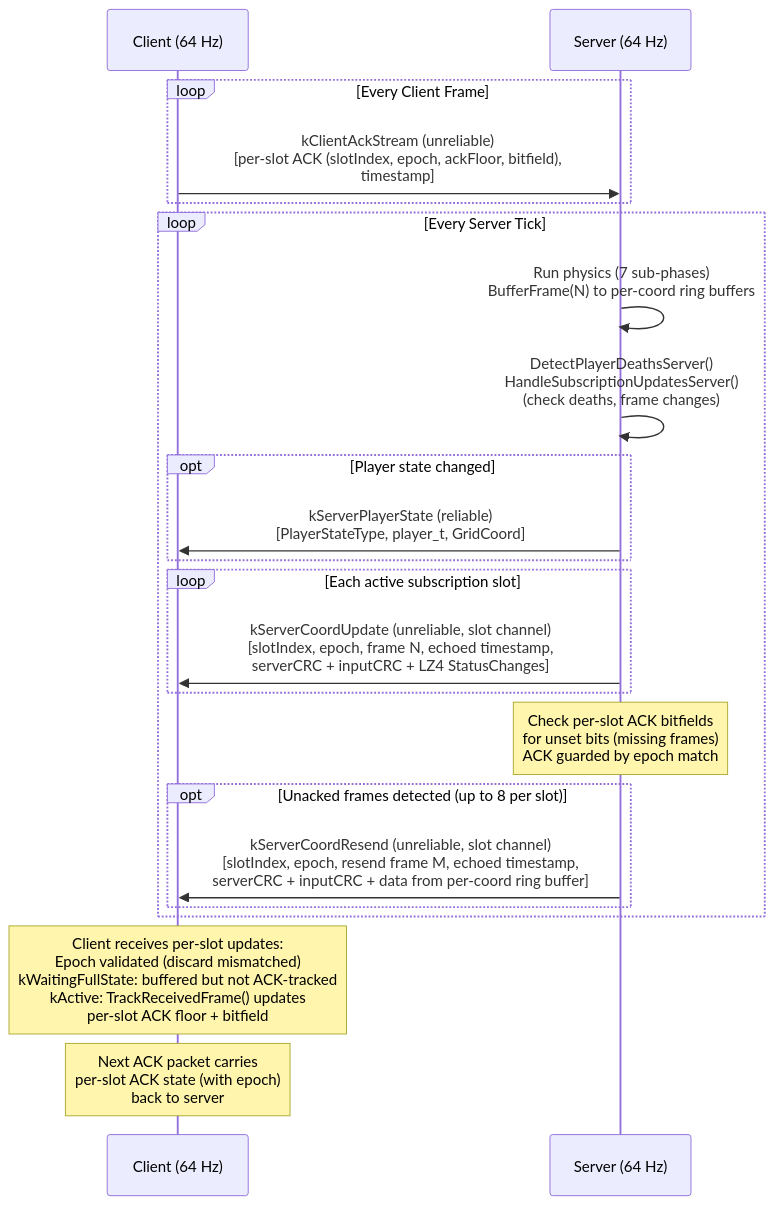
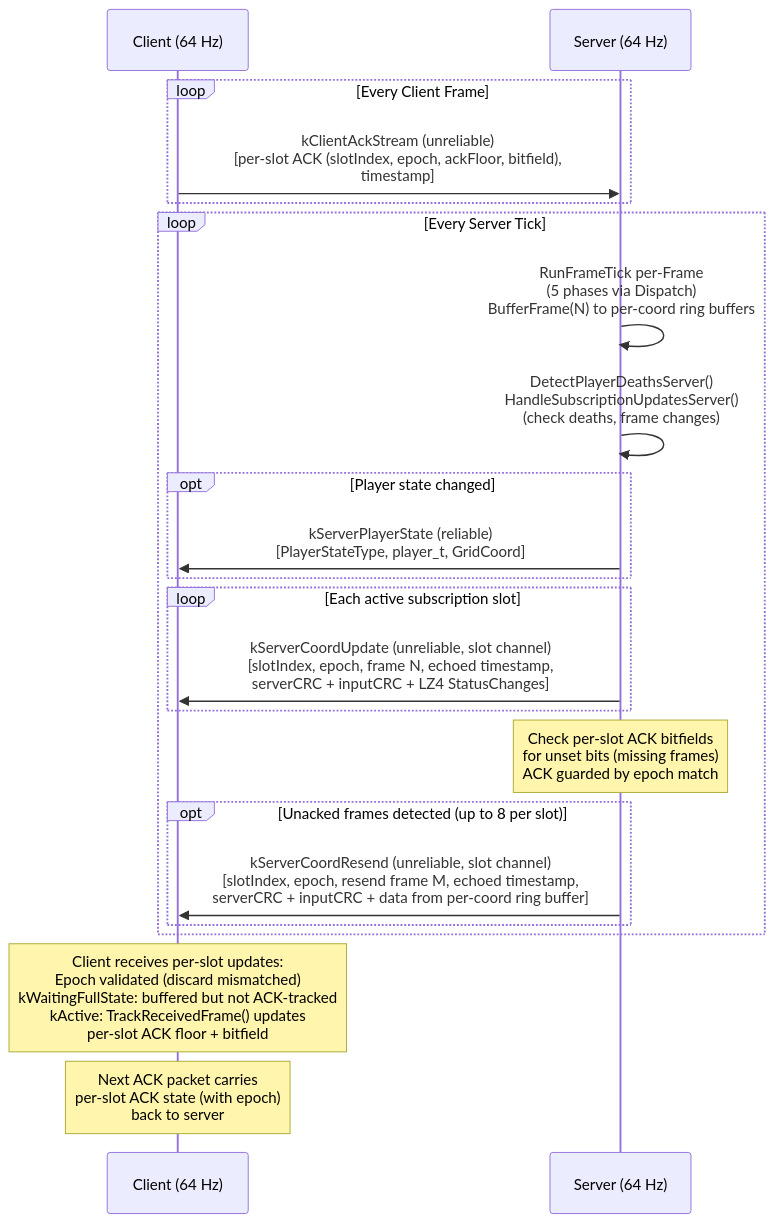
Before and after one commit to DougTanner/BrokenEnginePublic: the third of 6 diagrams in Documents/Architecture/Network.md, drawn with Mermaid. The commit also changed other lines of this file and 37 other files, not shown here.

````diff
--- a/Documents/Architecture/Network.md
+++ b/Documents/Architecture/Network.md
@@ -98,32 +98,32 @@
 ```mermaid
 %%{init: {'theme': 'default'}}%%
 sequenceDiagram
     participant C as Client (64 Hz)
     participant S as Server (64 Hz)
 
     loop Every Client Frame
         C->>S: kClientAckStream (unreliable)<br/>[per-slot ACK (slotIndex, epoch, ackFloor, bitfield),<br/>timestamp]
     end
 
     loop Every Server Tick
-        S->>S: Run physics (7 sub-phases)<br/>BufferFrame(N) to per-coord ring buffers
+        S->>S: RunFrameTick per-Frame<br/>(5 phases via Dispatch)<br/>BufferFrame(N) to per-coord ring buffers
 
         S->>S: DetectPlayerDeathsServer()<br/>HandleSubscriptionUpdatesServer()<br/>(check deaths, frame changes)
         opt Player state changed
             S->>C: kServerPlayerState (reliable)<br/>[PlayerStateType, player_t, GridCoord]
         end
 
         loop Each active subscription slot
             S->>C: kServerCoordUpdate (unreliable, slot channel)<br/>[slotIndex, epoch, frame N, echoed timestamp,<br/>serverCRC + inputCRC + LZ4 StatusChanges]
         end
 
         Note over S: Check per-slot ACK bitfields<br/>for unset bits (missing frames)<br/>ACK guarded by epoch match
 
         opt Unacked frames detected (up to 8 per slot)
             S->>C: kServerCoordResend (unreliable, slot channel)<br/>[slotIndex, epoch, resend frame M, echoed timestamp,<br/>serverCRC + inputCRC + data from per-coord ring buffer]
         end
     end
 
     Note over C: Client receives per-slot updates:<br/>Epoch validated (discard mismatched)<br/>kWaitingFullState: buffered but not ACK-tracked<br/>kActive: TrackReceivedFrame() updates<br/>per-slot ACK floor + bitfield
     Note over C: Next ACK packet carries<br/>per-slot ACK state (with epoch)<br/>back to server
 ```
````
